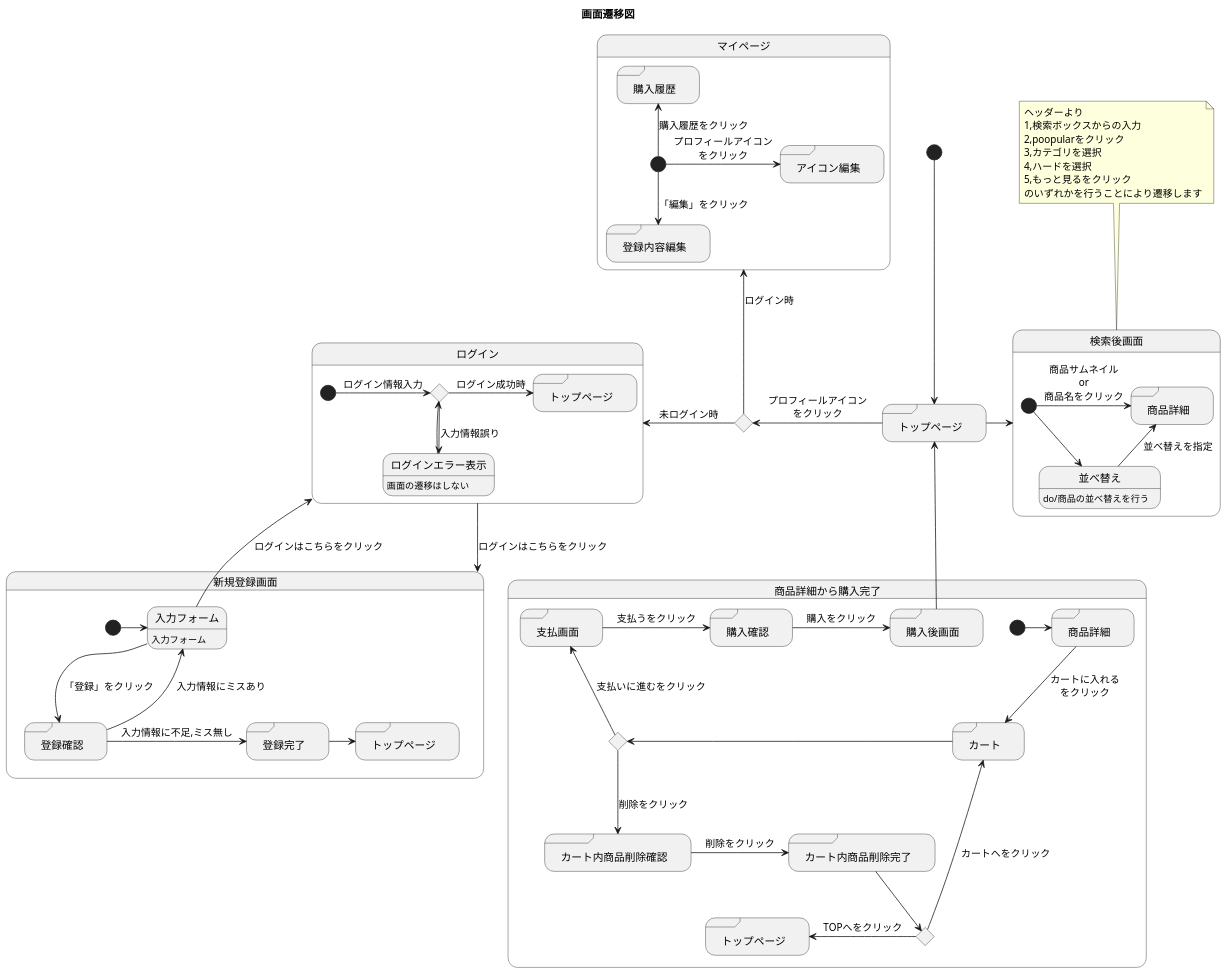
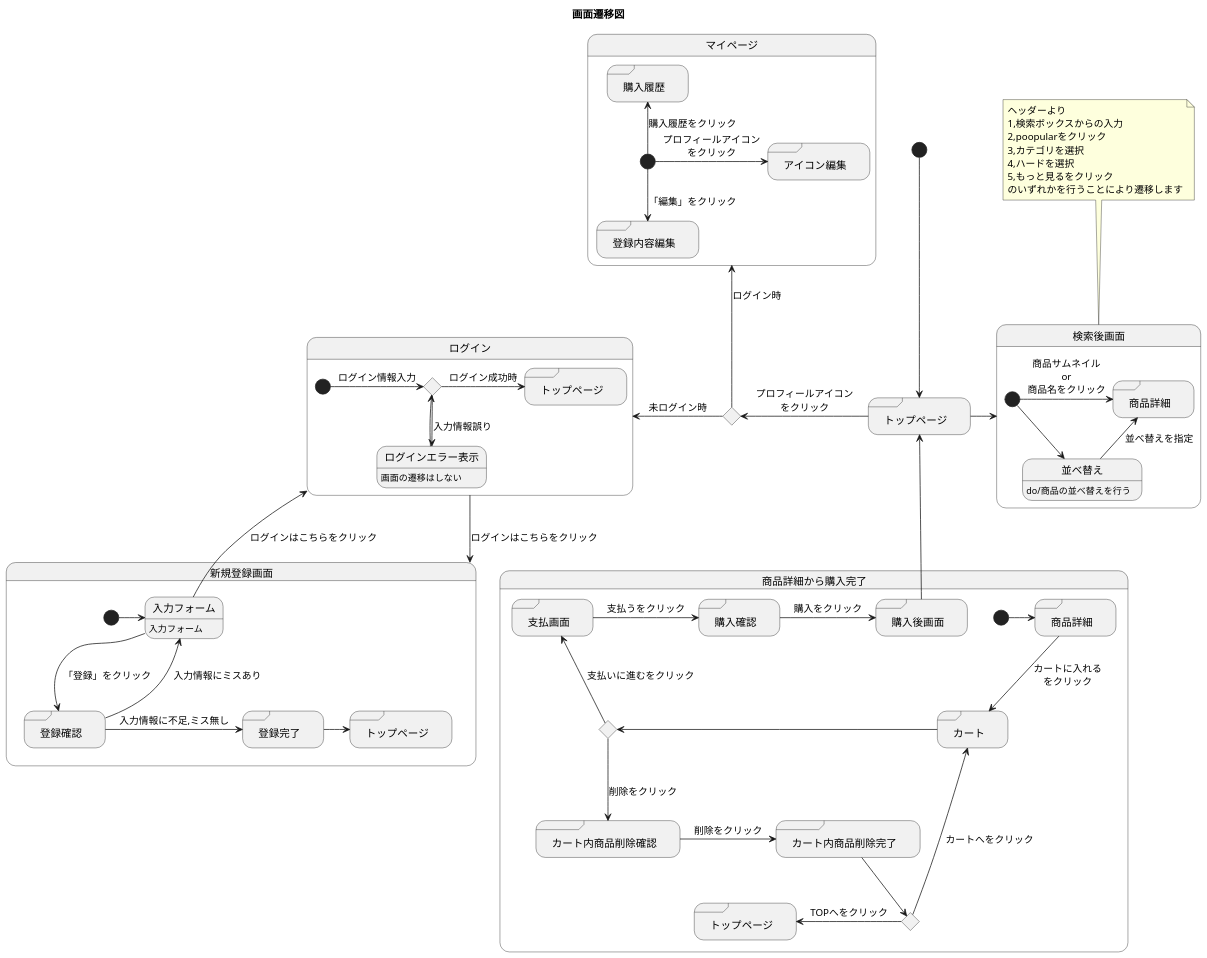
One commit to akutori/T-D-E changed the diagram in UML.md. Above: the diagram before and after it, drawn with PlantUML.

Commit message:
訂正

````diff
--- a/UML.md
+++ b/UML.md
@@ -1,6 +1,6 @@
 ```uml
 @startuml
-scale 1.25
+scale 1.23
 title 画面遷移図
 state ifmain <<choice>>
 state "トップページ" as main <<sdlreceive>>
````
